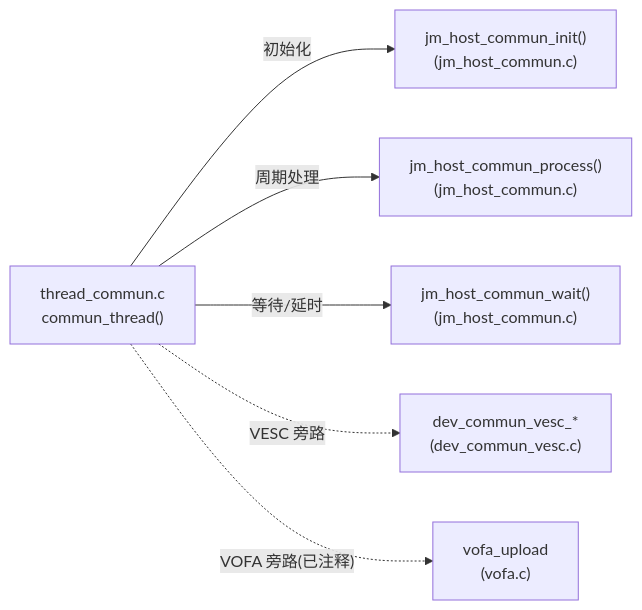
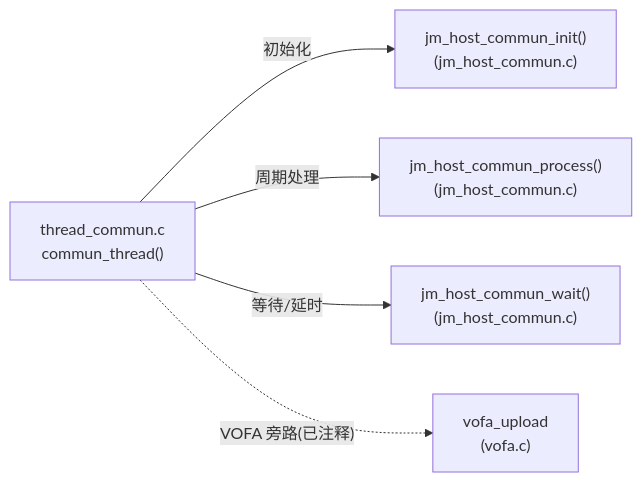
One commit to DalinYYYY/JM-App changed the fourth of 13 diagrams in User/Protocol/docs/joint_proto_文件逻辑关系图.md. Above: the diagram before and after it, drawn with Mermaid. The commit also changed other lines of this file and 4 other files, not shown here.

````diff
--- a/User/Protocol/docs/joint_proto_文件逻辑关系图.md
+++ b/User/Protocol/docs/joint_proto_文件逻辑关系图.md
@@ -262,9 +260,8 @@
 ```mermaid
 flowchart LR
     TC["thread_commun.c<br/>commun_thread()"]
     TC -->|"初始化"| JHCI["jm_host_commun_init()<br/>(jm_host_commun.c)"]
     TC -->|"周期处理"| JHCP["jm_host_commun_process()<br/>(jm_host_commun.c)"]
     TC -->|"等待/延时"| JHCW["jm_host_commun_wait()<br/>(jm_host_commun.c)"]
-    TC -.->|"VESC 旁路"| DCV["dev_commun_vesc_*<br/>(dev_commun_vesc.c)"]
     TC -.->|"VOFA 旁路(已注释)"| VOFA["vofa_upload<br/>(vofa.c)"]
 ```
````
